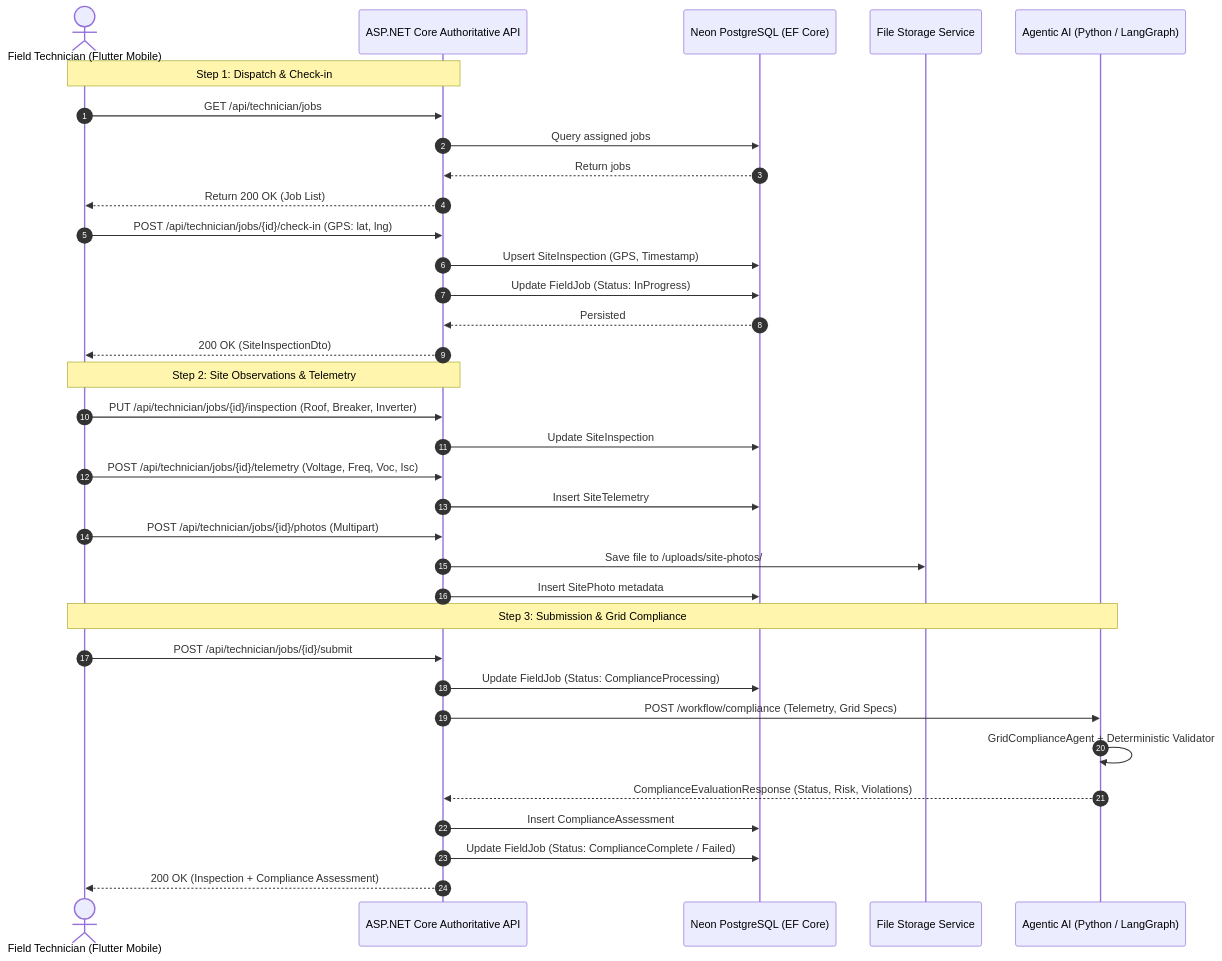
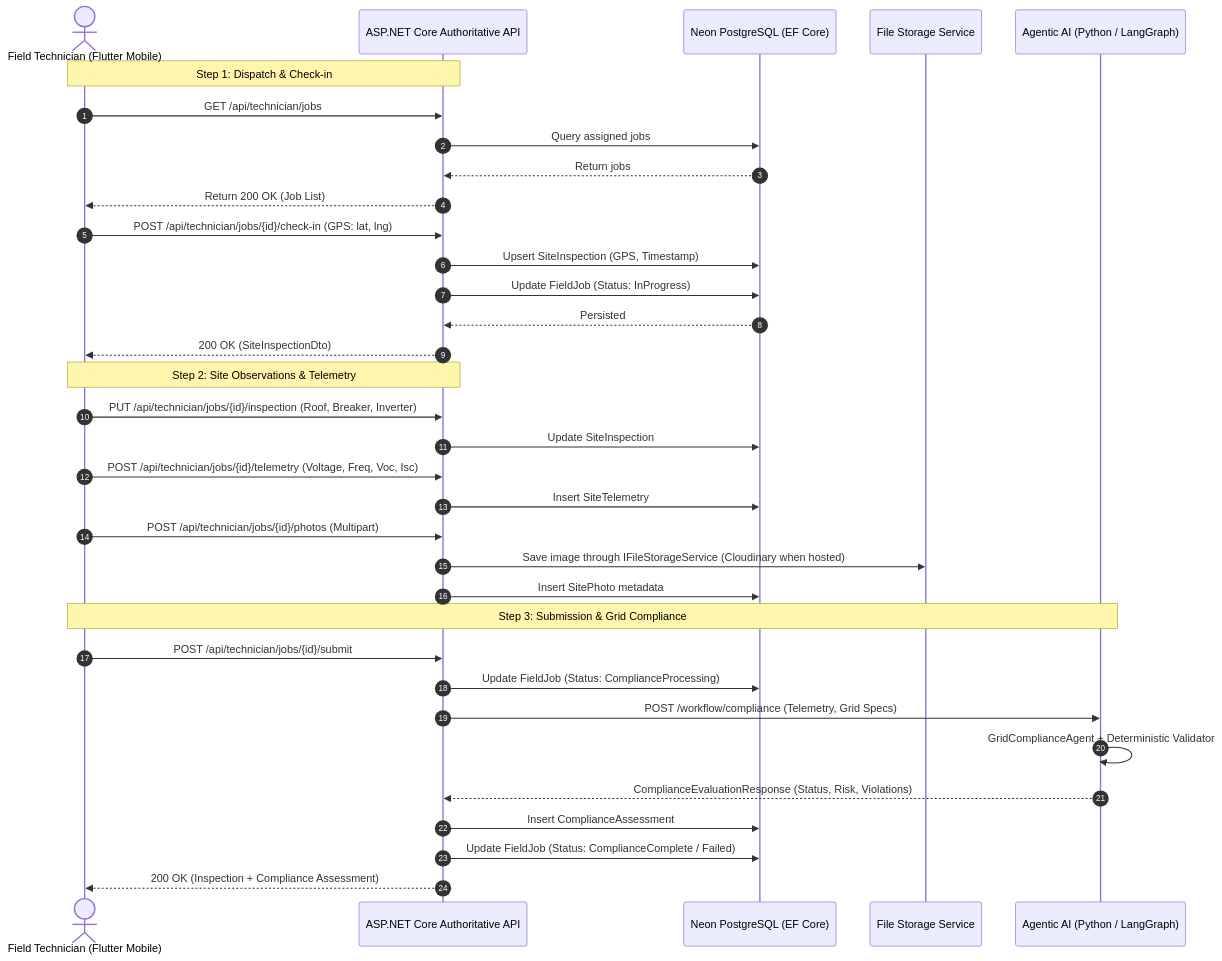
The diagram in docs/architecture/field-technician-design.md (ThisulHerath/Smart-Solar-Installation-Grid-Compliance-Platform), drawn with Mermaid before and after one commit. The commit also changed 20 other files, not shown here.

First line of the commit message:
feat: add Cloudinary file storage service and options

````diff
--- a/docs/architecture/field-technician-design.md
+++ b/docs/architecture/field-technician-design.md
@@ -11,40 +11,40 @@
 ```mermaid
 sequenceDiagram
     autonumber
     actor Tech as Field Technician (Flutter Mobile)
     participant API as ASP.NET Core Authoritative API
     participant DB as Neon PostgreSQL (EF Core)
     participant Storage as File Storage Service
     participant AI as Agentic AI (Python / LangGraph)
 
     Note over Tech,API: Step 1: Dispatch & Check-in
     Tech->>API: GET /api/technician/jobs
     API->>DB: Query assigned jobs
     DB-->>API: Return jobs
     API-->>Tech: Return 200 OK (Job List)
 
     Tech->>API: POST /api/technician/jobs/{id}/check-in (GPS: lat, lng)
     API->>DB: Upsert SiteInspection (GPS, Timestamp)
     API->>DB: Update FieldJob (Status: InProgress)
     DB-->>API: Persisted
     API-->>Tech: 200 OK (SiteInspectionDto)
 
     Note over Tech,API: Step 2: Site Observations & Telemetry
     Tech->>API: PUT /api/technician/jobs/{id}/inspection (Roof, Breaker, Inverter)
     API->>DB: Update SiteInspection
     Tech->>API: POST /api/technician/jobs/{id}/telemetry (Voltage, Freq, Voc, Isc)
     API->>DB: Insert SiteTelemetry
     Tech->>API: POST /api/technician/jobs/{id}/photos (Multipart)
-    API->>Storage: Save file to /uploads/site-photos/
+    API->>Storage: Save image through IFileStorageService (Cloudinary when hosted)
     API->>DB: Insert SitePhoto metadata
 
     Note over Tech,AI: Step 3: Submission & Grid Compliance
     Tech->>API: POST /api/technician/jobs/{id}/submit
     API->>DB: Update FieldJob (Status: ComplianceProcessing)
     API->>AI: POST /workflow/compliance (Telemetry, Grid Specs)
     AI->>AI: GridComplianceAgent + Deterministic Validator
     AI-->>API: ComplianceEvaluationResponse (Status, Risk, Violations)
     API->>DB: Insert ComplianceAssessment
     API->>DB: Update FieldJob (Status: ComplianceComplete / Failed)
     API-->>Tech: 200 OK (Inspection + Compliance Assessment)
 ```
````
